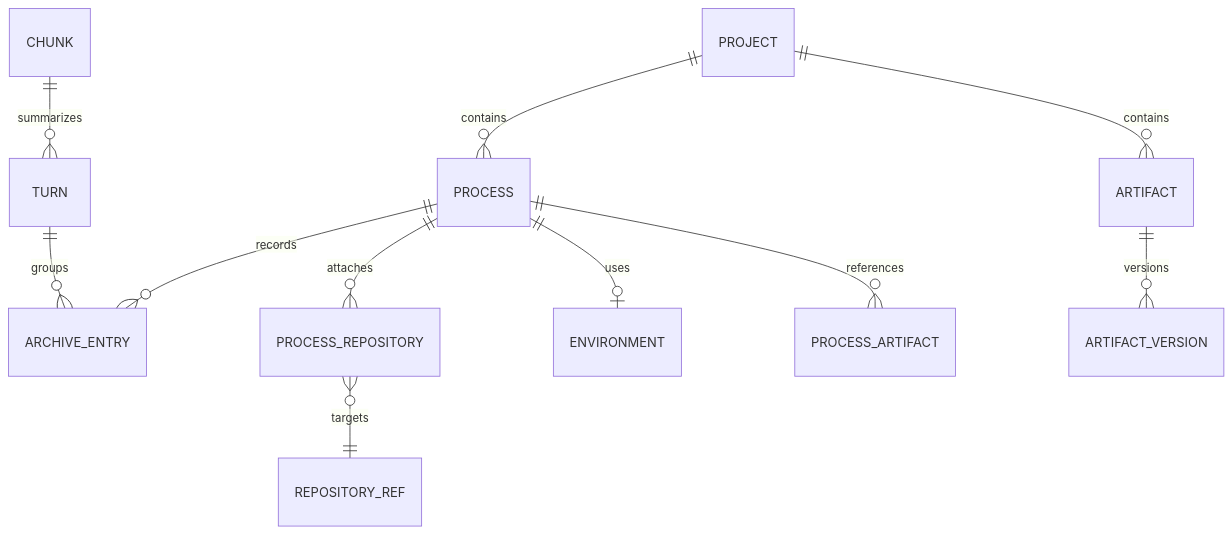
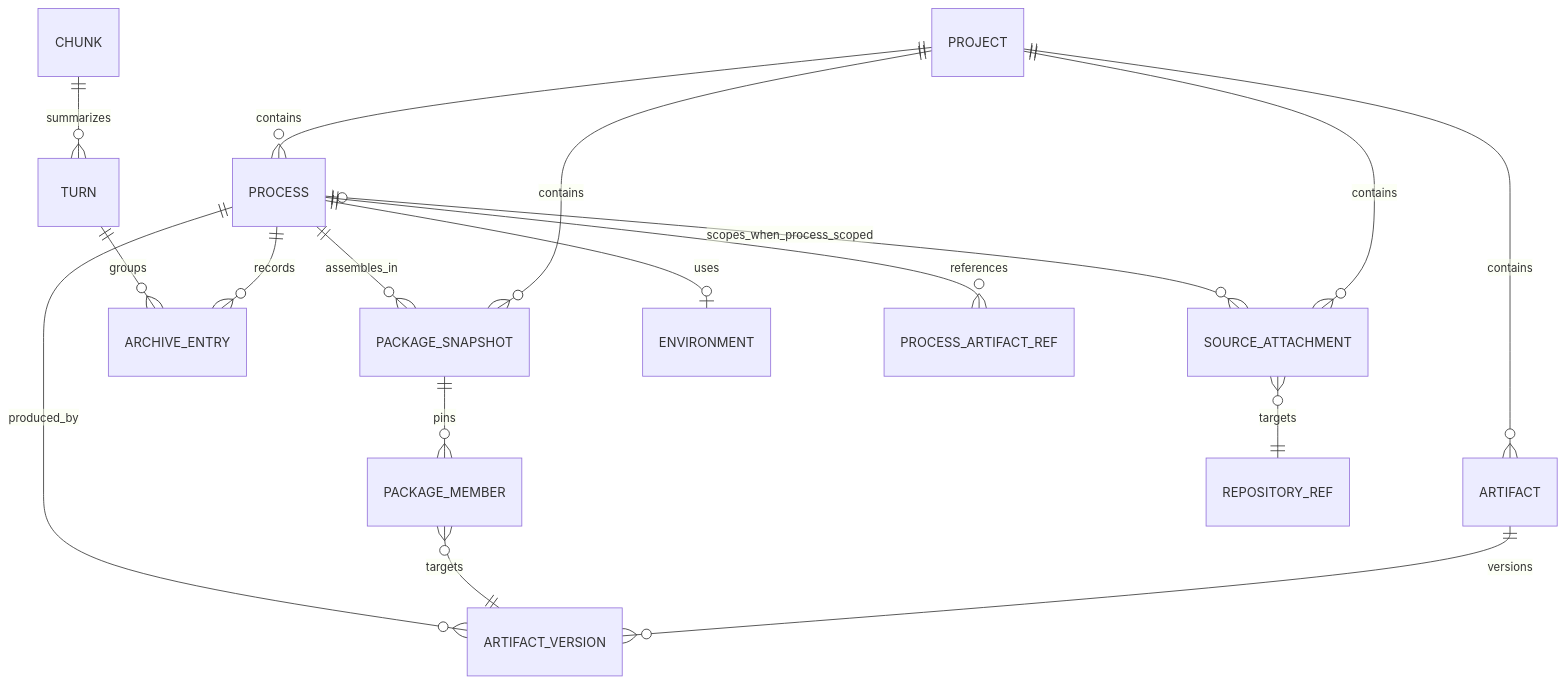
One commit to liminal-ai/liminal-build changed the second of 5 diagrams in docs/spec-build/v2/core-platform-arch.md. Above: the diagram before and after it, drawn with Mermaid. The commit also changed other lines of this file and 70 other files, not shown here.

````diff
--- a/docs/spec-build/v2/core-platform-arch.md
+++ b/docs/spec-build/v2/core-platform-arch.md
@@ -142,13 +142,19 @@
 ```mermaid
 erDiagram
     PROJECT ||--o{ PROCESS : contains
     PROJECT ||--o{ ARTIFACT : contains
+    PROJECT ||--o{ PACKAGE_SNAPSHOT : contains
     PROCESS ||--o{ ARCHIVE_ENTRY : records
-    PROCESS ||--o{ PROCESS_REPOSITORY : attaches
+    PROJECT ||--o{ SOURCE_ATTACHMENT : contains
+    PROCESS o|--o{ SOURCE_ATTACHMENT : scopes_when_process_scoped
     PROCESS ||--o| ENVIRONMENT : uses
     ARTIFACT ||--o{ ARTIFACT_VERSION : versions
-    PROCESS ||--o{ PROCESS_ARTIFACT : references
+    PROCESS ||--o{ PROCESS_ARTIFACT_REF : references
+    PROCESS ||--o{ PACKAGE_SNAPSHOT : assembles_in
+    ARTIFACT_VERSION }o--|| PROCESS : produced_by
+    PACKAGE_SNAPSHOT ||--o{ PACKAGE_MEMBER : pins
+    PACKAGE_MEMBER }o--|| ARTIFACT_VERSION : targets
     TURN ||--o{ ARCHIVE_ENTRY : groups
     CHUNK ||--o{ TURN : summarizes
-    PROCESS_REPOSITORY }o--|| REPOSITORY_REF : targets
+    SOURCE_ATTACHMENT }o--|| REPOSITORY_REF : targets
 ```
````
